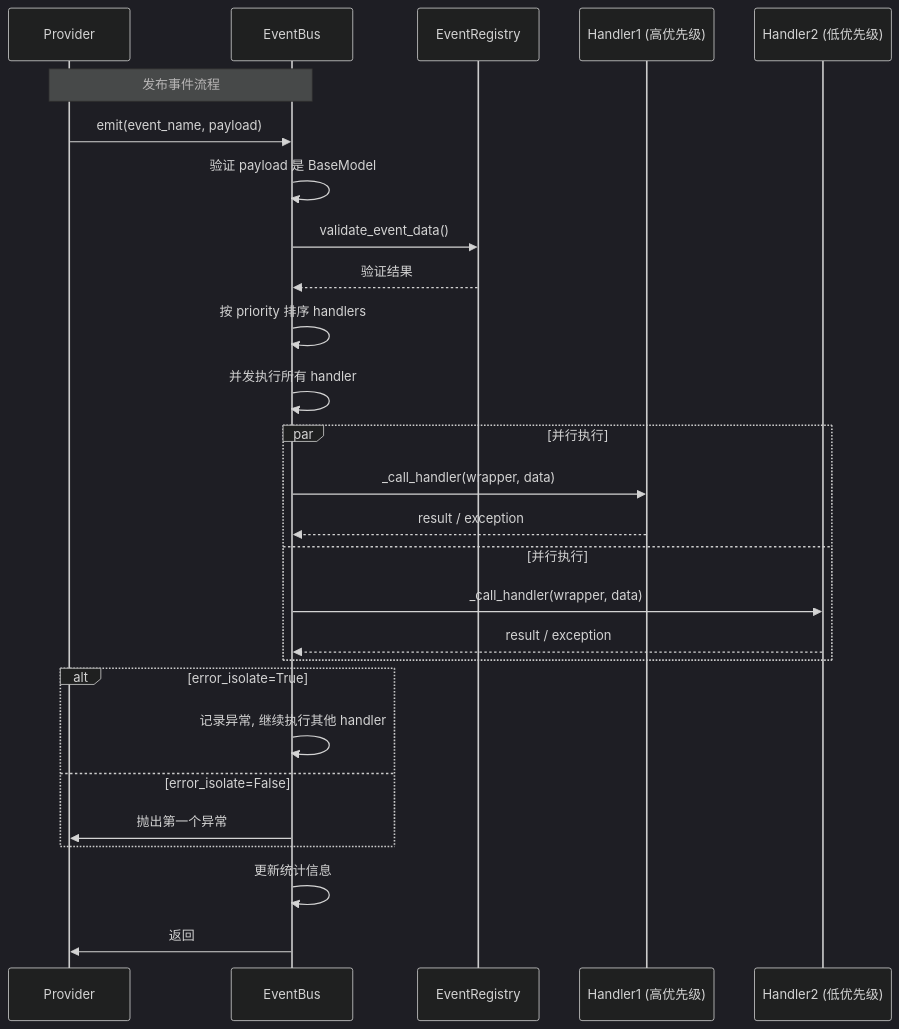
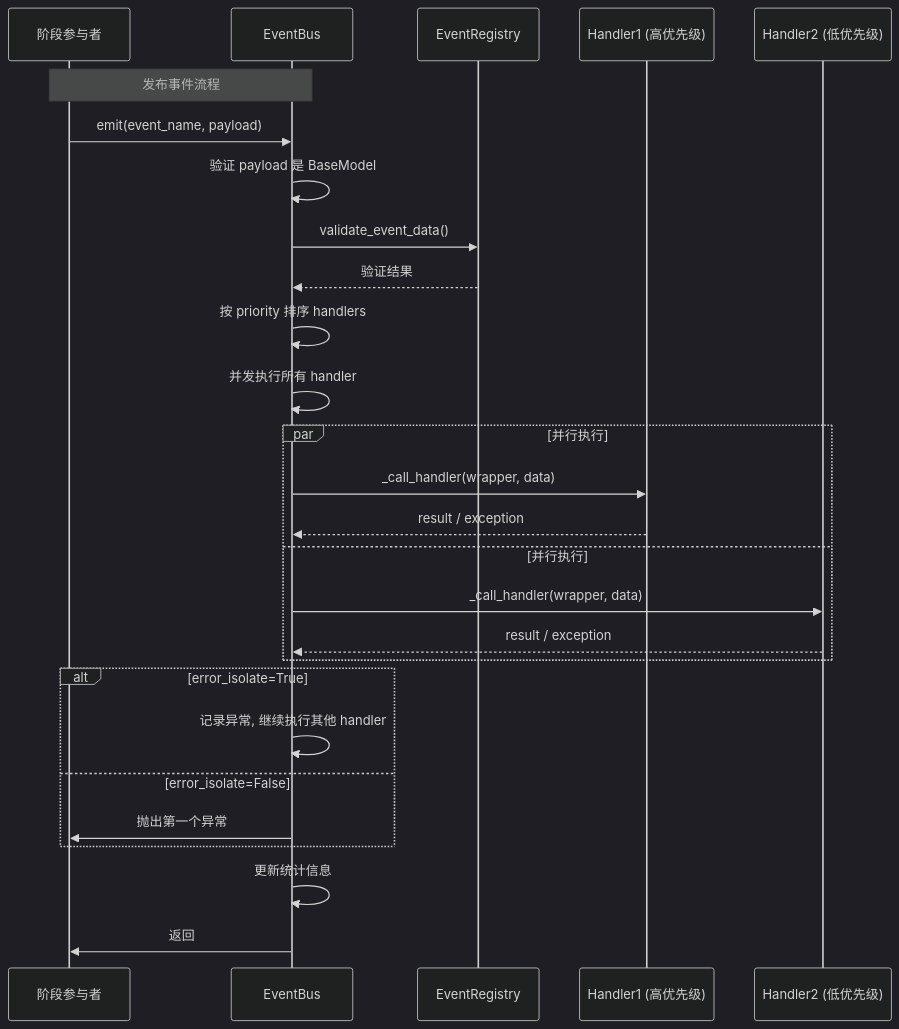
The third of 4 diagrams in docs/architecture/event-system.md (Mai-with-u/Amaidesu), drawn with Mermaid (dark theme) before and after one commit. The commit also changed other lines of this file and 169 other files, not shown here.

````diff
--- a/docs/architecture/event-system.md
+++ b/docs/architecture/event-system.md
@@ -459,36 +459,36 @@
 ```mermaid
 sequenceDiagram
-    participant P as Provider
+    participant P as 阶段参与者
     participant EB as EventBus
     participant ER as EventRegistry
     participant H1 as Handler1 (高优先级)
     participant H2 as Handler2 (低优先级)
 
     Note over P,EB: 发布事件流程
 
     P->>EB: emit(event_name, payload)
     EB->>EB: 验证 payload 是 BaseModel
 
     EB->>ER: validate_event_data()
     ER-->>EB: 验证结果
 
     EB->>EB: 按 priority 排序 handlers
     EB->>EB: 并发执行所有 handler
 
     par 并行执行
         EB->>H1: _call_handler(wrapper, data)
         H1-->>EB: result / exception
     and 并行执行
         EB->>H2: _call_handler(wrapper, data)
         H2-->>EB: result / exception
     end
 
     alt error_isolate=True
         EB->>EB: 记录异常, 继续执行其他 handler
     else error_isolate=False
         EB->>P: 抛出第一个异常
     end
 
     EB->>EB: 更新统计信息
     EB->>P: 返回
 ```
````
